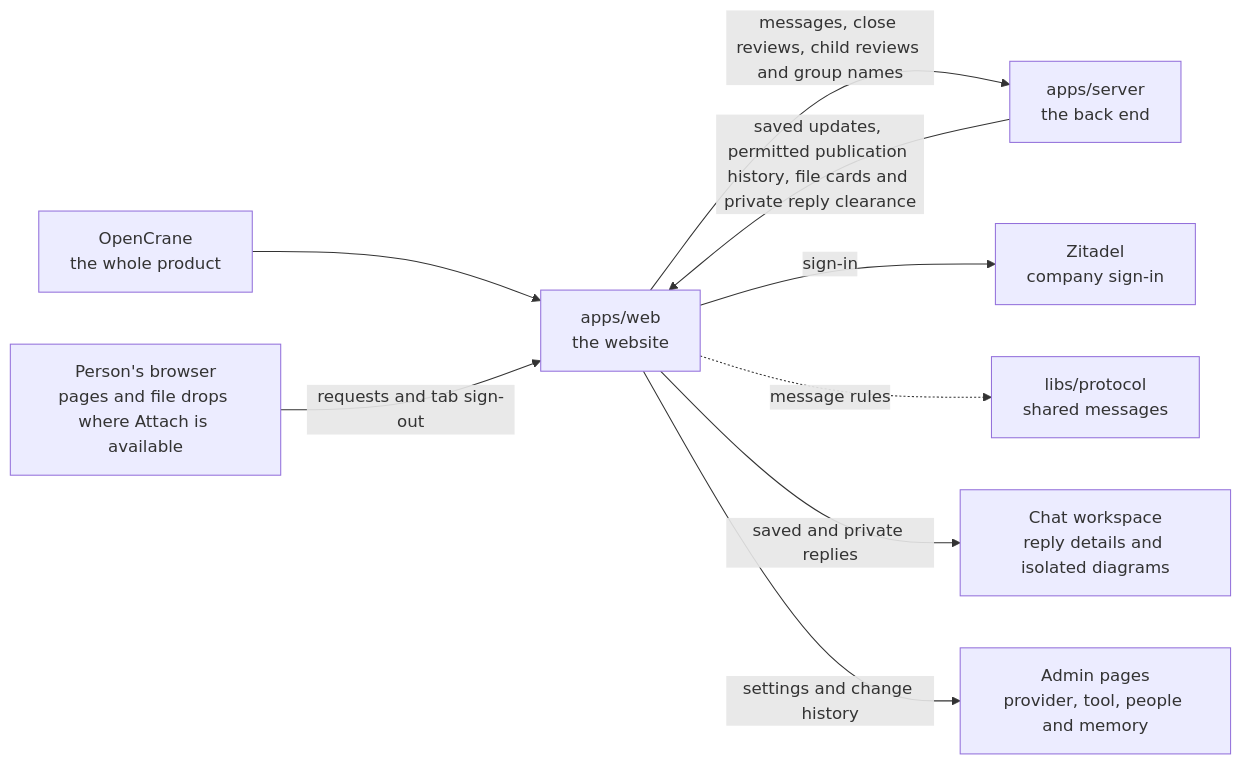
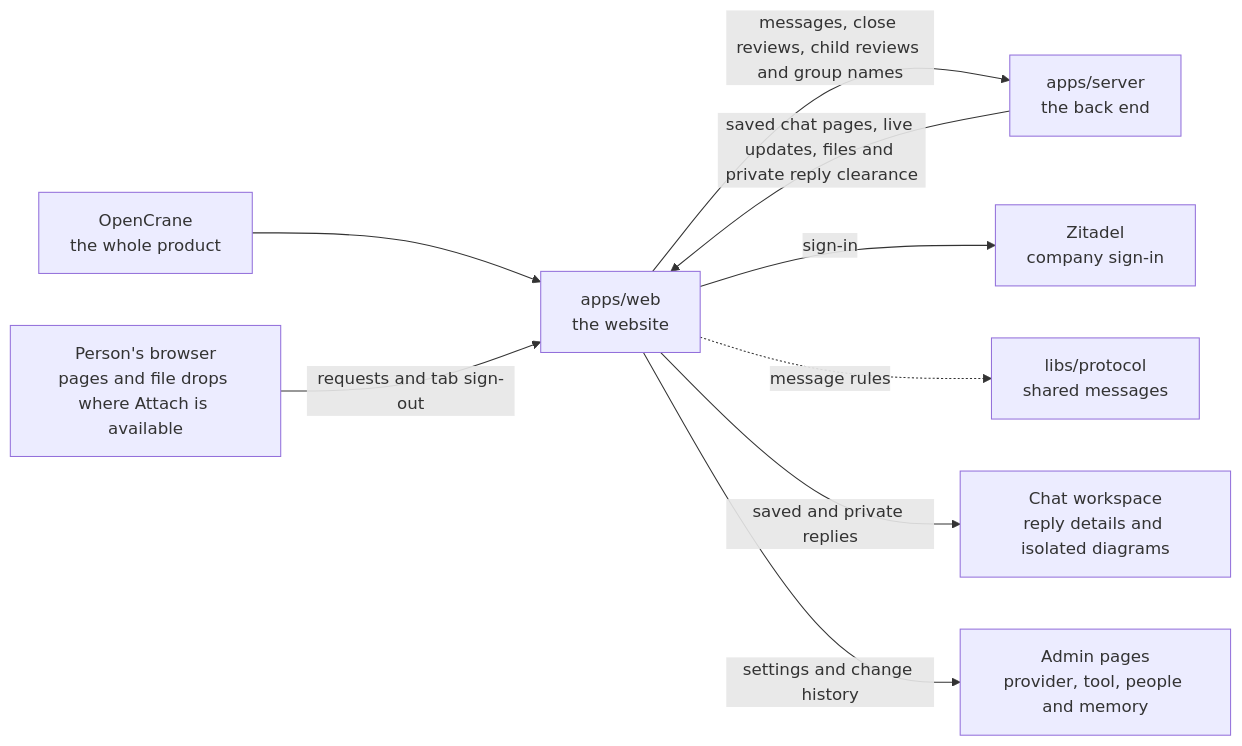
Before and after one commit to elewa-git/opencrane-new: the diagram in apps/web/README.md, drawn with Mermaid. The commit also changed other lines of this file and 17 other files, not shown here.

````diff
--- a/apps/web/README.md
+++ b/apps/web/README.md
@@ -16,11 +16,11 @@
 ```mermaid
 flowchart LR
   system["OpenCrane<br/>the whole product"] --> web["apps/web<br/>the website"]
   browser["Person's browser<br/>pages and file drops where Attach is available"] -->|requests and tab sign-out| web
   web -->|messages, close reviews, child reviews and group names| server["apps/server<br/>the back end"]
-  server -->|saved updates, permitted publication history, file cards and private reply clearance| web
+  server -->|saved chat pages, live updates, files and private reply clearance| web
   web -->|sign-in| zitadel["Zitadel<br/>company sign-in"]
   web -.->|message rules| protocol["libs/protocol<br/>shared messages"]
   web -->|saved and private replies| capture["Chat workspace<br/>reply details and isolated diagrams"]
   web -->|settings and change history| admin["Admin pages<br/>provider, tool, people and memory"]
 ```
````
